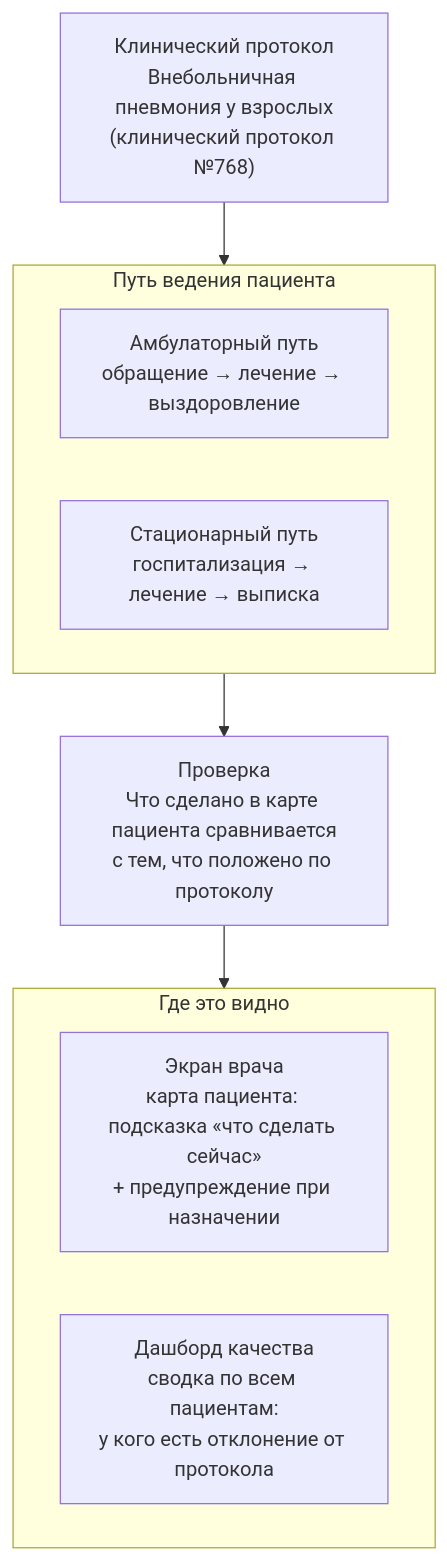
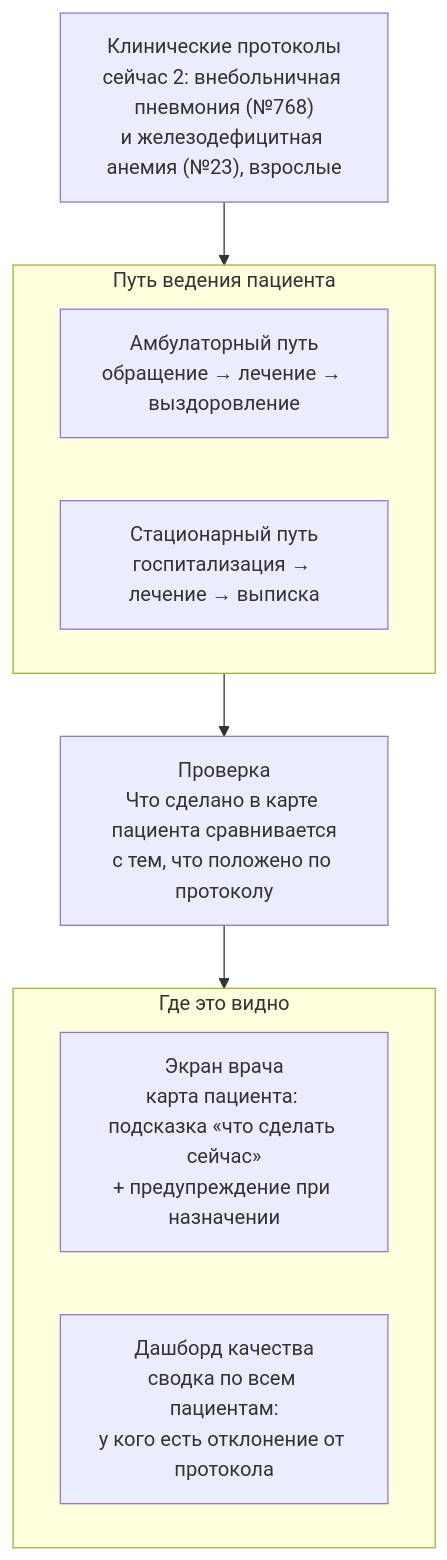
Before and after one commit to krvzdrv/clinic-os: the diagram in docs/explain/01-landscape.md, drawn with Mermaid. The commit also changed other lines of this file and 17 other files, not shown here.

````diff
--- a/docs/explain/01-landscape.md
+++ b/docs/explain/01-landscape.md
@@ -5,22 +5,22 @@
 ```mermaid
 flowchart TB
-    P["Клинический протокол<br/>Внебольничная пневмония у взрослых<br/>(клинический протокол №768)"]
+    P["Клинические протоколы<br/>сейчас 2: внебольничная пневмония (№768)<br/>и железодефицитная анемия (№23), взрослые"]
 
     subgraph L1["Путь ведения пациента"]
         direction LR
         A["Амбулаторный путь<br/>обращение → лечение → выздоровление"]
         B["Стационарный путь<br/>госпитализация → лечение → выписка"]
     end
 
     C["Проверка<br/>Что сделано в карте пациента сравнивается<br/>с тем, что положено по протоколу"]
 
     subgraph L2["Где это видно"]
         direction LR
         D["Экран врача<br/>карта пациента: подсказка «что сделать сейчас»<br/>+ предупреждение при назначении"]
         E["Дашборд качества<br/>сводка по всем пациентам:<br/>у кого есть отклонение от протокола"]
     end
 
     P --> L1
     L1 --> C
     C --> L2
 ```
````
